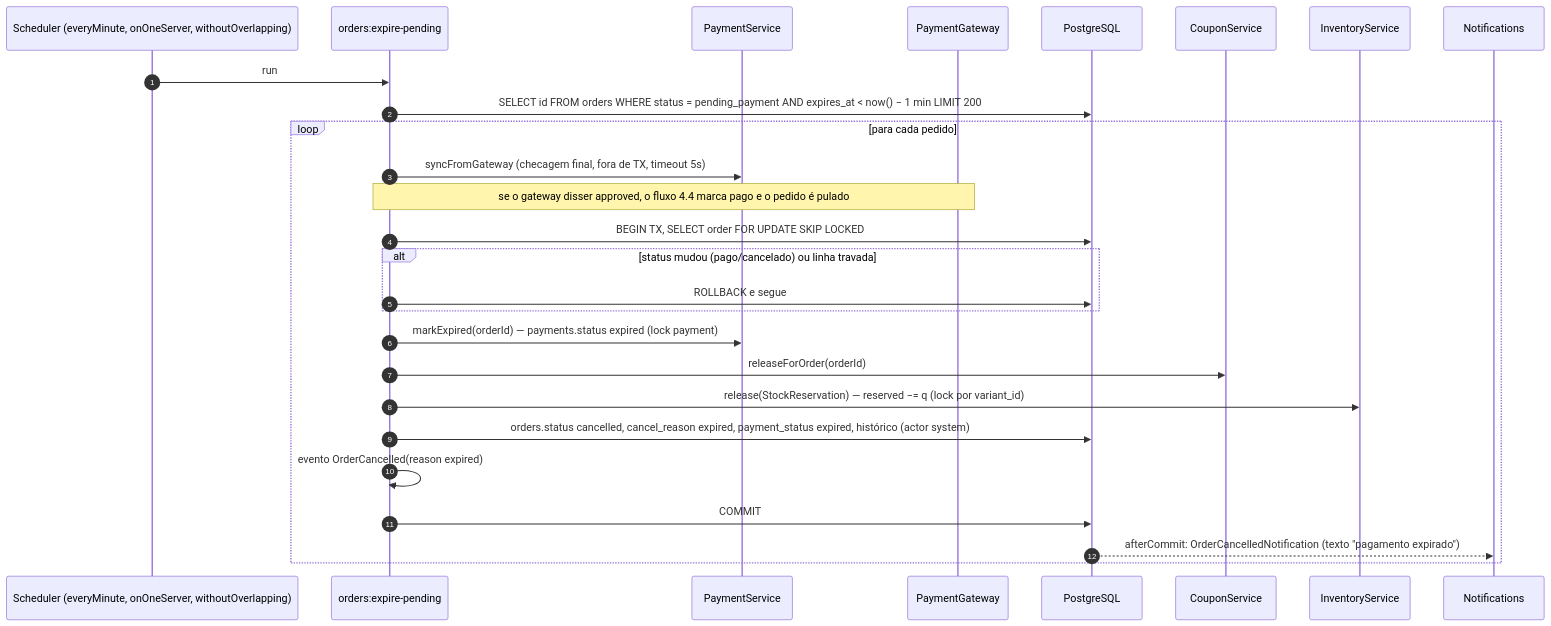
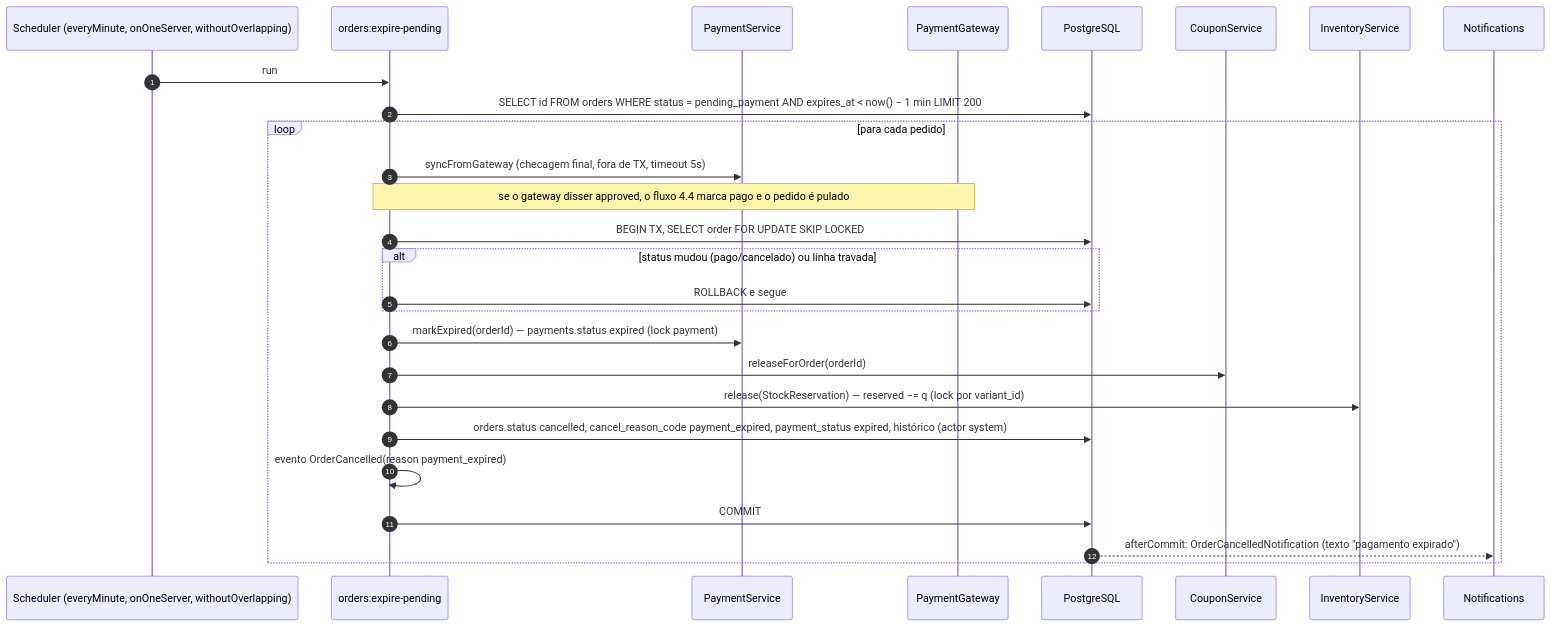
The eighth of 11 diagrams in docs/ARCHITECTURE.md (diegocozer/e-commerce), drawn with Mermaid before and after one commit. The commit also changed other lines of this file and 170 other files, not shown here.

````diff
--- a/docs/ARCHITECTURE.md
+++ b/docs/ARCHITECTURE.md
@@ -1091,30 +1114,30 @@
 ```mermaid
 sequenceDiagram
     autonumber
     participant SCH as Scheduler (everyMinute, onOneServer, withoutOverlapping)
     participant CMD as orders:expire-pending
     participant PAY as PaymentService
     participant GW as PaymentGateway
     participant DB as PostgreSQL
     participant CPN as CouponService
     participant INV as InventoryService
     participant N as Notifications
 
     SCH->>CMD: run
     CMD->>DB: SELECT id FROM orders WHERE status = pending_payment AND expires_at < now() − 1 min LIMIT 200
     loop para cada pedido
         CMD->>PAY: syncFromGateway (checagem final, fora de TX, timeout 5s)
         Note over CMD,GW: se o gateway disser approved, o fluxo 4.4 marca pago e o pedido é pulado
         CMD->>DB: BEGIN TX, SELECT order FOR UPDATE SKIP LOCKED
         alt status mudou (pago/cancelado) ou linha travada
             CMD->>DB: ROLLBACK e segue
         end
         CMD->>PAY: markExpired(orderId) — payments.status expired (lock payment)
         CMD->>CPN: releaseForOrder(orderId)
         CMD->>INV: release(StockReservation) — reserved −= q (lock por variant_id)
-        CMD->>DB: orders.status cancelled, cancel_reason expired, payment_status expired, histórico (actor system)
-        CMD->>CMD: evento OrderCancelled(reason expired)
+        CMD->>DB: orders.status cancelled, cancel_reason_code payment_expired, payment_status expired, histórico (actor system)
+        CMD->>CMD: evento OrderCancelled(reason payment_expired)
         CMD->>DB: COMMIT
         DB-->>N: afterCommit: OrderCancelledNotification (texto "pagamento expirado")
     end
 ```
````
